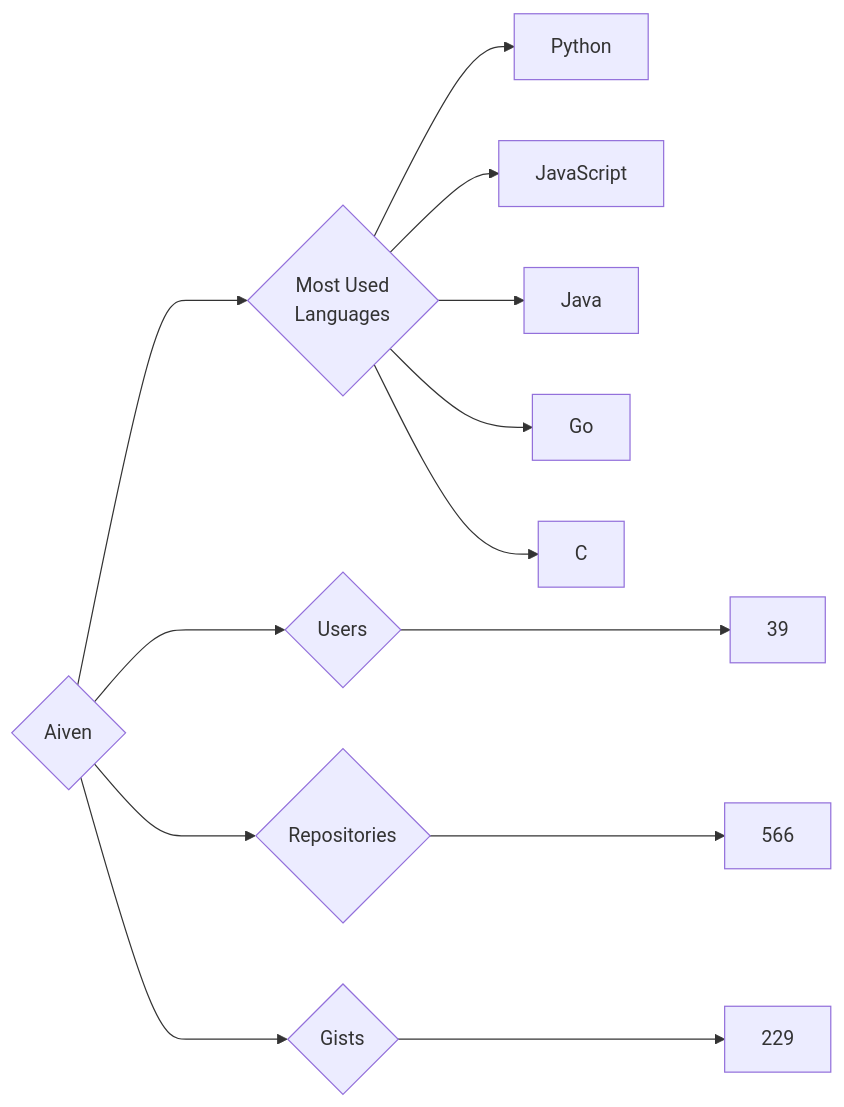
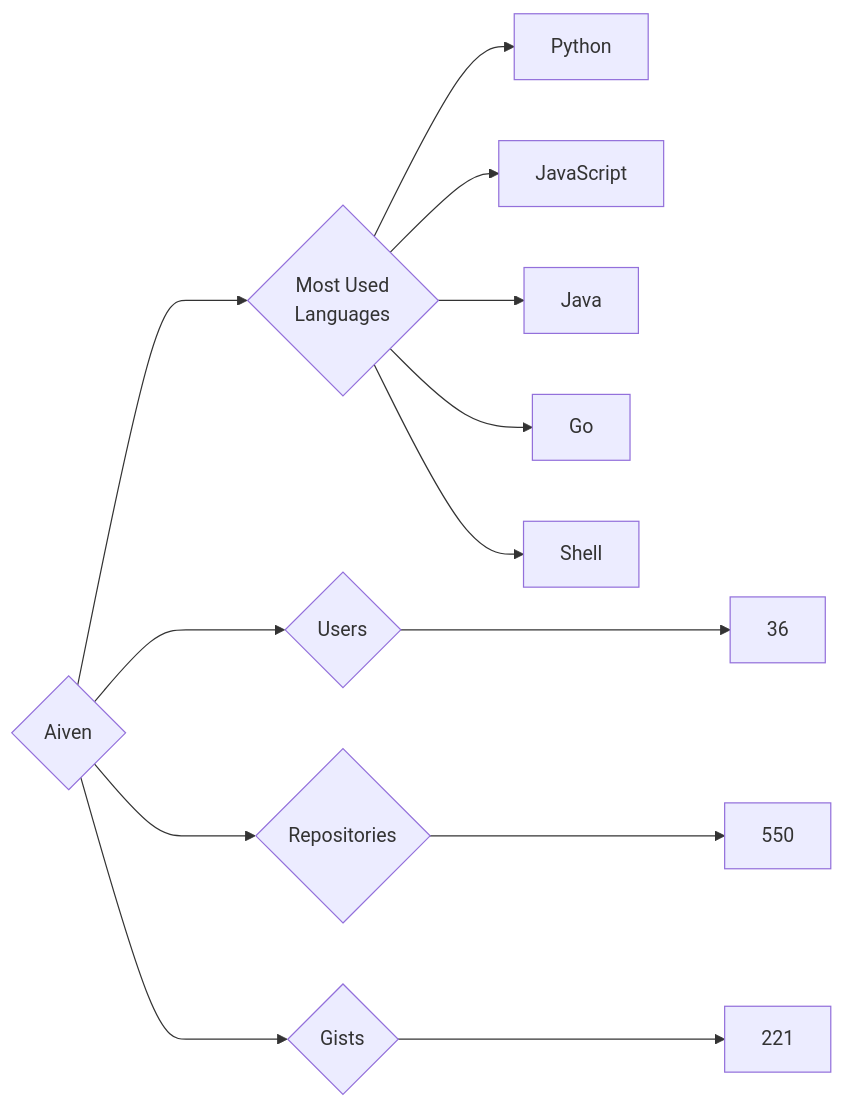
One commit to trickest/insiders changed the diagram in targets/Aiven/README.md. Above: the diagram before and after it, drawn with Mermaid. The commit also changed 930 other files, not shown here.

````diff
--- a/targets/Aiven/README.md
+++ b/targets/Aiven/README.md
@@ -3,13 +3,13 @@
 ```mermaid
 graph LR
 COMPANY_NAME{Aiven}
-COMPANY_NAME ---> U{Users} ---> UN[39]
-COMPANY_NAME ---> R{Repositories} ---> RN[566]
-COMPANY_NAME ---> G{Gists} ---> GN[229]
+COMPANY_NAME ---> U{Users} ---> UN[36]
+COMPANY_NAME ---> R{Repositories} ---> RN[550]
+COMPANY_NAME ---> G{Gists} ---> GN[221]
 COMPANY_NAME ---> ML{Most Used<br>Languages}
 ML --> Python[Python]
 ML --> JavaScript[JavaScript]
 ML --> Java[Java]
 ML --> Go[Go]
-ML --> C[C]
+ML --> Shell[Shell]
 ```
````
